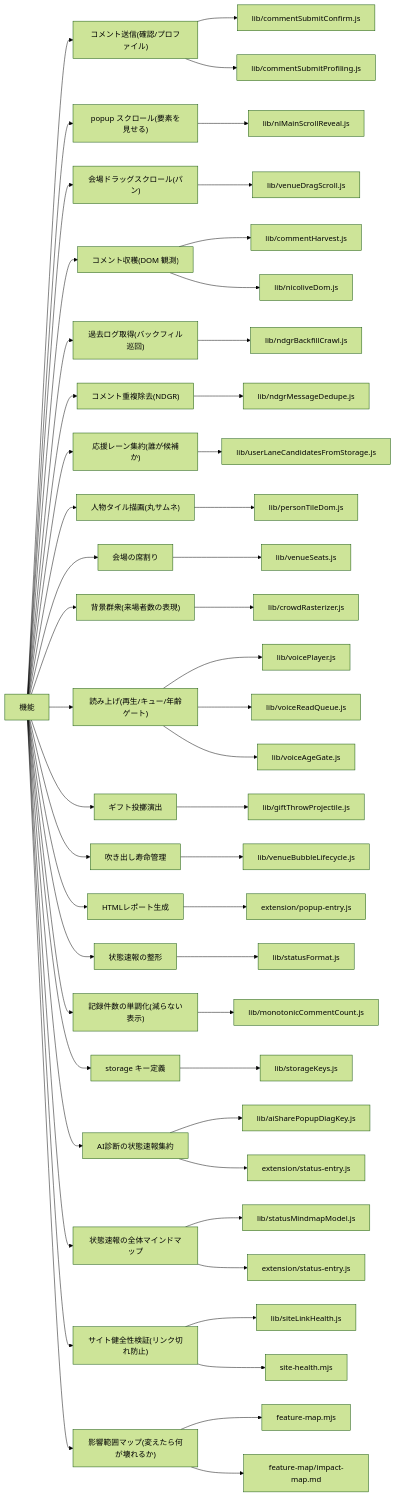
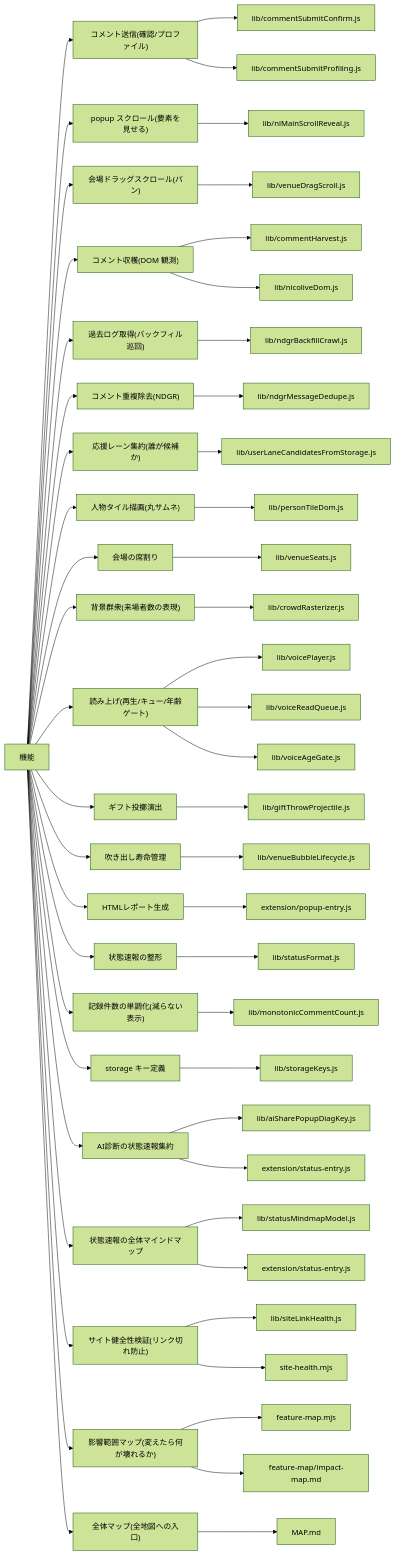
Before and after one commit to kimito-link/tsuioku-no-kirameki.com: the second of 2 diagrams in docs/repo-tree-map.md, drawn with Mermaid (forest theme). The commit also changed other lines of this file and 5 other files, not shown here.

First line of the commit message:
docs(map): 全地図への入口ハブ docs/MAP.md を新設(ここを開けば全部たどれる)

````diff
--- a/docs/repo-tree-map.md
+++ b/docs/repo-tree-map.md
@@ -61,54 +61,56 @@
 ```mermaid
 graph LR
   HUB["機能"]
   HUB --> f0["コメント送信(確認/プロファイル)"]
   f0 --> f0_0["lib/commentSubmitConfirm.js"]
   f0 --> f0_1["lib/commentSubmitProfiling.js"]
   HUB --> f1["popup スクロール(要素を見せる)"]
   f1 --> f1_0["lib/nlMainScrollReveal.js"]
   HUB --> f2["会場ドラッグスクロール(パン)"]
   f2 --> f2_0["lib/venueDragScroll.js"]
   HUB --> f3["コメント収穫(DOM 観測)"]
   f3 --> f3_0["lib/commentHarvest.js"]
   f3 --> f3_1["lib/nicoliveDom.js"]
   HUB --> f4["過去ログ取得(バックフィル巡回)"]
   f4 --> f4_0["lib/ndgrBackfillCrawl.js"]
   HUB --> f5["コメント重複除去(NDGR)"]
   f5 --> f5_0["lib/ndgrMessageDedupe.js"]
   HUB --> f6["応援レーン集約(誰が候補か)"]
   f6 --> f6_0["lib/userLaneCandidatesFromStorage.js"]
   HUB --> f7["人物タイル描画(丸サムネ)"]
   f7 --> f7_0["lib/personTileDom.js"]
   HUB --> f8["会場の席割り"]
   f8 --> f8_0["lib/venueSeats.js"]
   HUB --> f9["背景群衆(来場者数の表現)"]
   f9 --> f9_0["lib/crowdRasterizer.js"]
   HUB --> f10["読み上げ(再生/キュー/年齢ゲート)"]
   f10 --> f10_0["lib/voicePlayer.js"]
   f10 --> f10_1["lib/voiceReadQueue.js"]
   f10 --> f10_2["lib/voiceAgeGate.js"]
   HUB --> f11["ギフト投擲演出"]
   f11 --> f11_0["lib/giftThrowProjectile.js"]
   HUB --> f12["吹き出し寿命管理"]
   f12 --> f12_0["lib/venueBubbleLifecycle.js"]
   HUB --> f13["HTMLレポート生成"]
   f13 --> f13_0["extension/popup-entry.js"]
   HUB --> f14["状態速報の整形"]
   f14 --> f14_0["lib/statusFormat.js"]
   HUB --> f15["記録件数の単調化(減らない表示)"]
   f15 --> f15_0["lib/monotonicCommentCount.js"]
   HUB --> f16["storage キー定義"]
   f16 --> f16_0["lib/storageKeys.js"]
   HUB --> f17["AI診断の状態速報集約"]
   f17 --> f17_0["lib/aiSharePopupDiagKey.js"]
   f17 --> f17_1["extension/status-entry.js"]
   HUB --> f18["状態速報の全体マインドマップ"]
   f18 --> f18_0["lib/statusMindmapModel.js"]
   f18 --> f18_1["extension/status-entry.js"]
   HUB --> f19["サイト健全性検証(リンク切れ防止)"]
   f19 --> f19_0["lib/siteLinkHealth.js"]
   f19 --> f19_1["site-health.mjs"]
   HUB --> f20["影響範囲マップ(変えたら何が壊れるか)"]
   f20 --> f20_0["feature-map.mjs"]
   f20 --> f20_1["feature-map/impact-map.md"]
+  HUB --> f21["全体マップ(全地図への入口)"]
+  f21 --> f21_0["MAP.md"]
 ```
````
